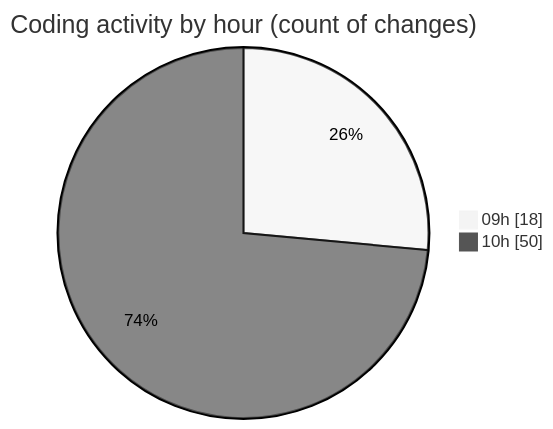
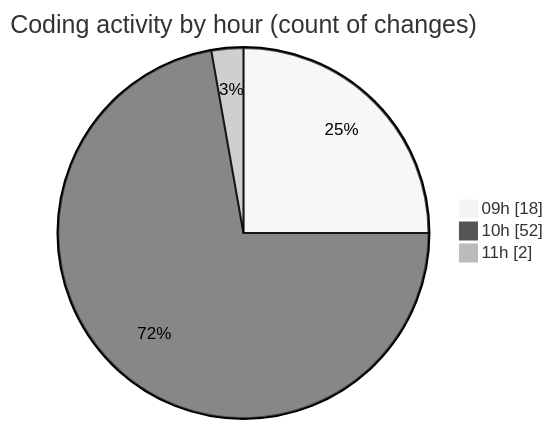
One commit to momahboobian/code-tracking changed the second of 2 diagrams in 2025-03-21/cda/README.md. Above: the diagram before and after it, drawn with Mermaid (neutral theme). The commit also changed other lines of this file and 1 other file, not shown here.

````diff
--- a/2025-03-21/cda/README.md
+++ b/2025-03-21/cda/README.md
@@ -35,6 +35,7 @@
 ```mermaid
 pie showData
 title Coding activity by hour (count of changes)
 "09h" : 18
-"10h" : 50
+"10h" : 52
+"11h" : 2
 ```
````
